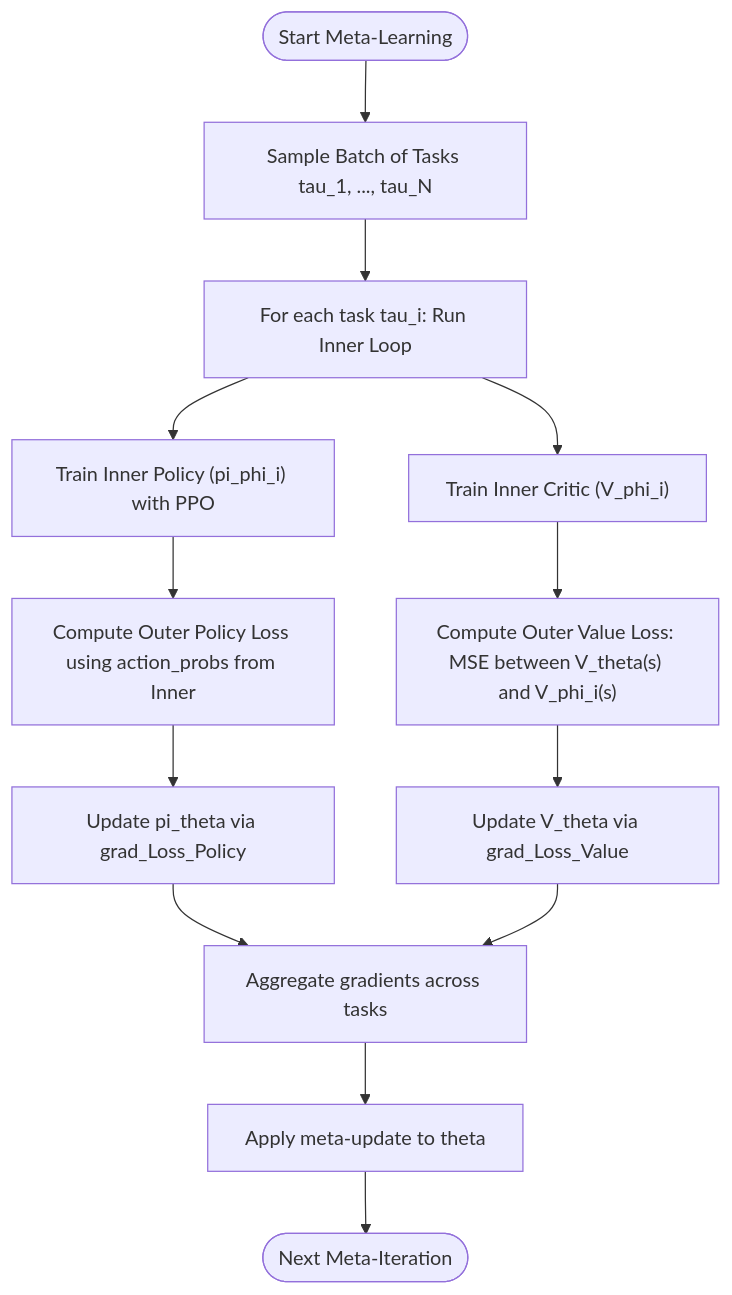
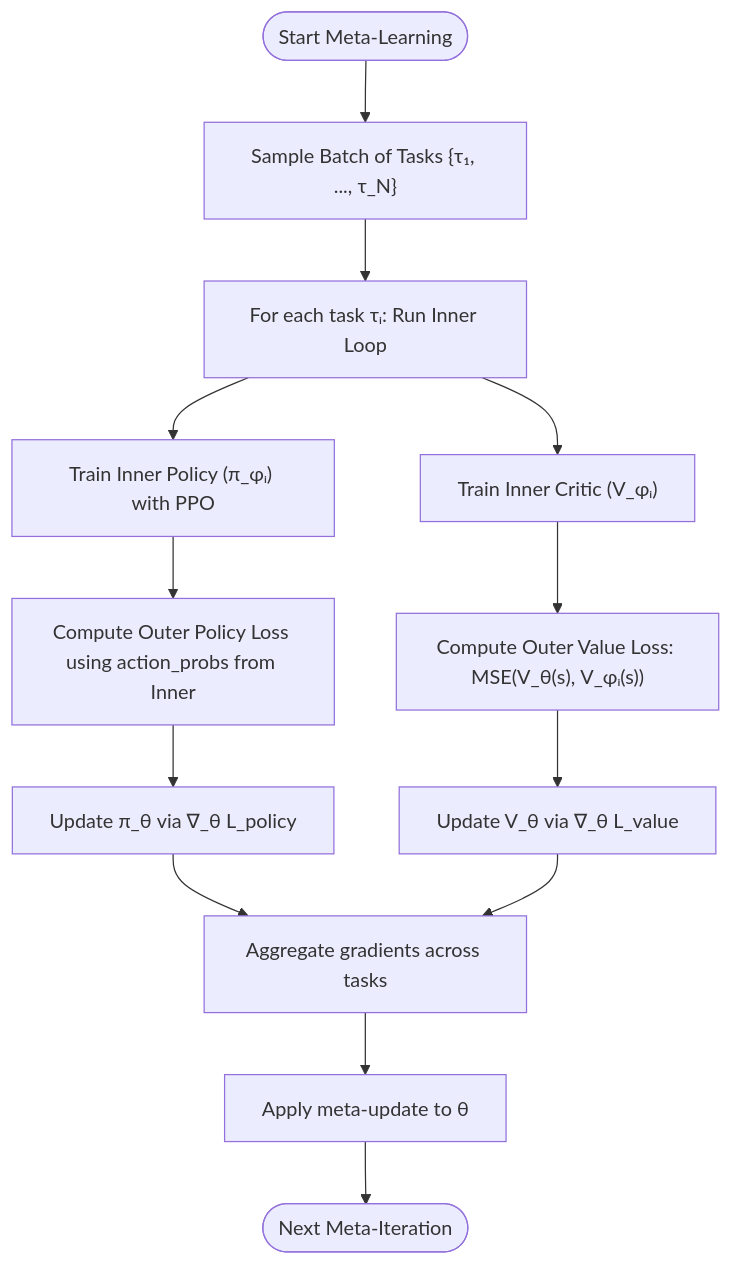
One commit to Kor-Lazyman/meta_repository changed the diagram in README.md. Above: the diagram before and after it, drawn with Mermaid.

````diff
--- a/README.md
+++ b/README.md
@@ -1,25 +1,25 @@
 ```mermaid
 flowchart TD
 
 %% Task-level Meta-Learning Loop
-Start(["Start Meta-Learning"]) --> SampleTasks["Sample Batch of Tasks tau_1, ..., tau_N"]
+Start(["Start Meta-Learning"]) --> SampleTasks["Sample Batch of Tasks {τ₁, ..., τ_N}"]
 
 %% Inner Loop
-SampleTasks --> InnerLoop["For each task tau_i: Run Inner Loop"]
-InnerLoop --> InnerPolicy["Train Inner Policy (pi_phi_i) with PPO"]
-InnerLoop --> InnerValue["Train Inner Critic (V_phi_i)"]
+SampleTasks --> InnerLoop["For each task τᵢ: Run Inner Loop"]
+InnerLoop --> InnerPolicy["Train Inner Policy (π_φᵢ) with PPO"]
+InnerLoop --> InnerValue["Train Inner Critic (V_φᵢ)"]
 
 %% Outer Loop
 InnerPolicy --> PolicyLoss["Compute Outer Policy Loss using action_probs from Inner"]
-InnerValue --> ValueLoss["Compute Outer Value Loss: MSE between V_theta(s) and V_phi_i(s)"]
+InnerValue --> ValueLoss["Compute Outer Value Loss: MSE(V_θ(s), V_φᵢ(s))"]
 
-PolicyLoss --> UpdatePolicy["Update pi_theta via grad_Loss_Policy"]
-ValueLoss --> UpdateValue["Update V_theta via grad_Loss_Value"]
+PolicyLoss --> UpdatePolicy["Update π_θ via ∇_θ L_policy"]
+ValueLoss --> UpdateValue["Update V_θ via ∇_θ L_value"]
 
 UpdatePolicy --> Merge["Aggregate gradients across tasks"]
 UpdateValue --> Merge
 
-Merge --> UpdateParams["Apply meta-update to theta"]
+Merge --> UpdateParams["Apply meta-update to θ"]
 
 UpdateParams --> End(["Next Meta-Iteration"])
 ```
````
